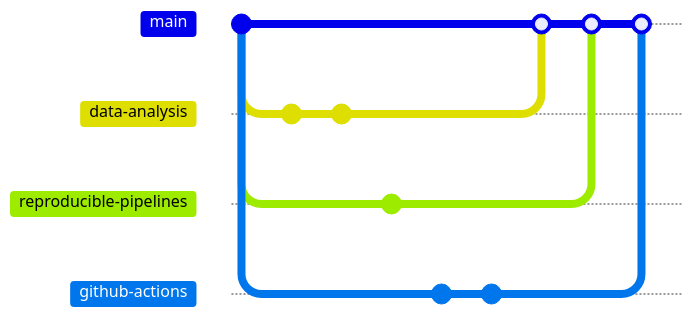
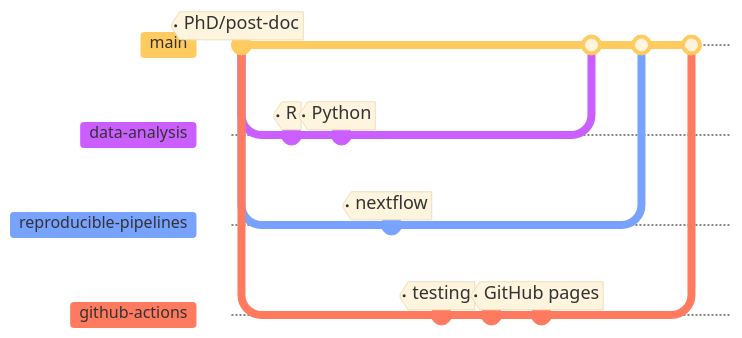
One commit to TheDataLabScotland/tdl-academy-git-intro changed the diagram in introduction_to_git.qmd. Above: the diagram before and after it, drawn with Mermaid. The commit also changed other lines of this file and 1 other file, not shown here. Commit ids are hidden.

Commit message:
figure for the sorts of things i use git and github has slightly bigger text and nicer colours

````diff
--- a/introduction_to_git.qmd
+++ b/introduction_to_git.qmd
@@ -32,26 +31,37 @@
 ```{mermaid}
 
-%% Make this text and figure much bigger!!
+%%{init: {
+  'theme': 'base',
+  'gitGraph': {
+    'showBranches': true,
+    'showCommitLabel':false
+  },
+  'themeVariables': {
+    'tagLabelFontSize': '18px'
+  }
+}}%%
+
 
 gitGraph
-   commit id: "PhD/post-doc"
+   commit tag: "PhD/post-doc"
 
    branch data-analysis
-   commit id: "R"
-   commit id: "Python"
+   commit tag: "R"
+   commit tag: "Python"
 
    checkout main
    branch reproducible-pipelines
-   commit id:"nextflow"
+   commit tag:"nextflow"
 
    checkout main
    branch github-actions
-   commit id:"testing"
-   commit id:"GitHub pages"
+   commit tag:"testing"
+   commit
+   commit tag:"GitHub pages"
 
    checkout main
    merge data-analysis
    merge reproducible-pipelines
    merge github-actions
 
 ```
````
